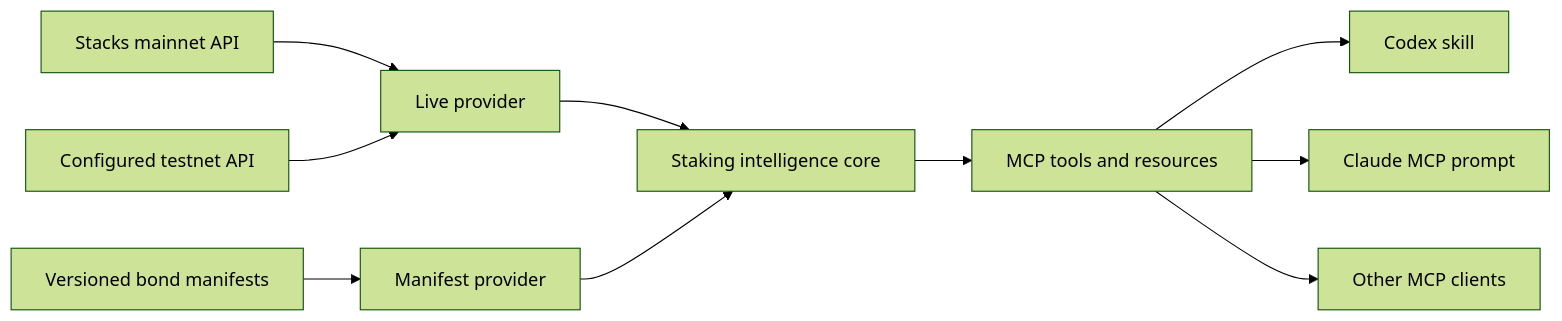
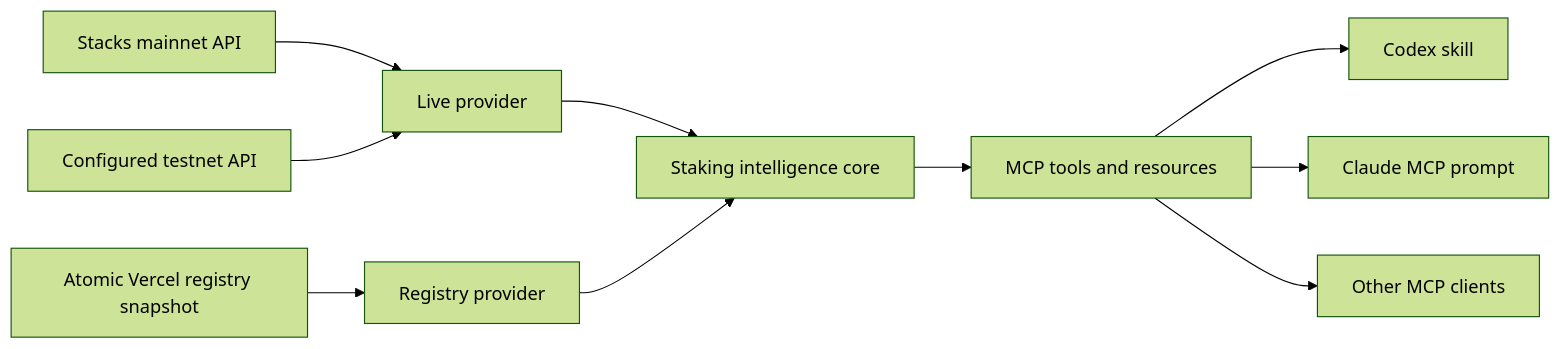
The diagram in docs/TECHNICAL_SPEC.md (andre-stacks/bitcoin-staking-mcp), drawn with Mermaid (forest theme) before and after one commit. The commit also changed other lines of this file and 75 other files, not shown here.

````diff
--- a/docs/TECHNICAL_SPEC.md
+++ b/docs/TECHNICAL_SPEC.md
@@ -5,12 +5,12 @@
 ```mermaid
 flowchart LR
   A["Stacks mainnet API"] --> P["Live provider"]
   T["Configured testnet API"] --> P
-  B["Versioned bond manifests"] --> M["Manifest provider"]
+  B["Atomic Vercel registry snapshot"] --> M["Registry provider"]
   P --> C["Staking intelligence core"]
   M --> C
   C --> S["MCP tools and resources"]
   S --> X["Codex skill"]
   S --> Y["Claude MCP prompt"]
   S --> Z["Other MCP clients"]
 ```
````
